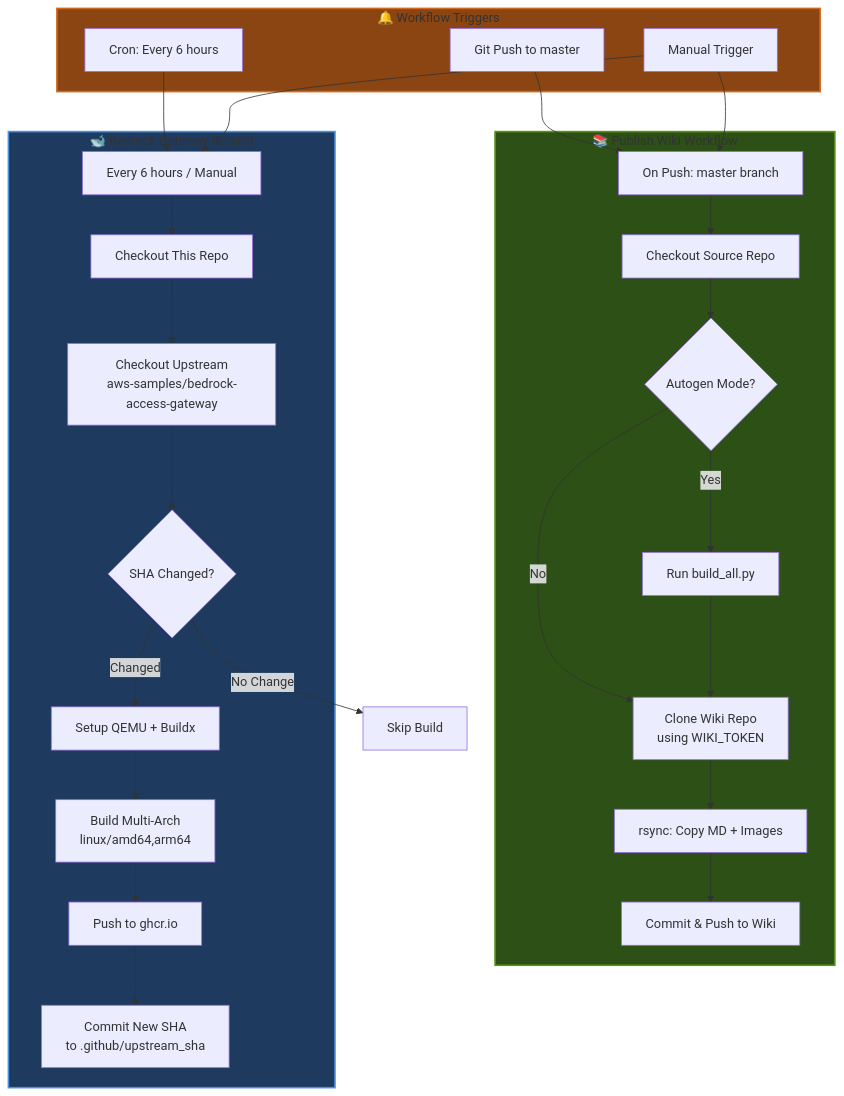
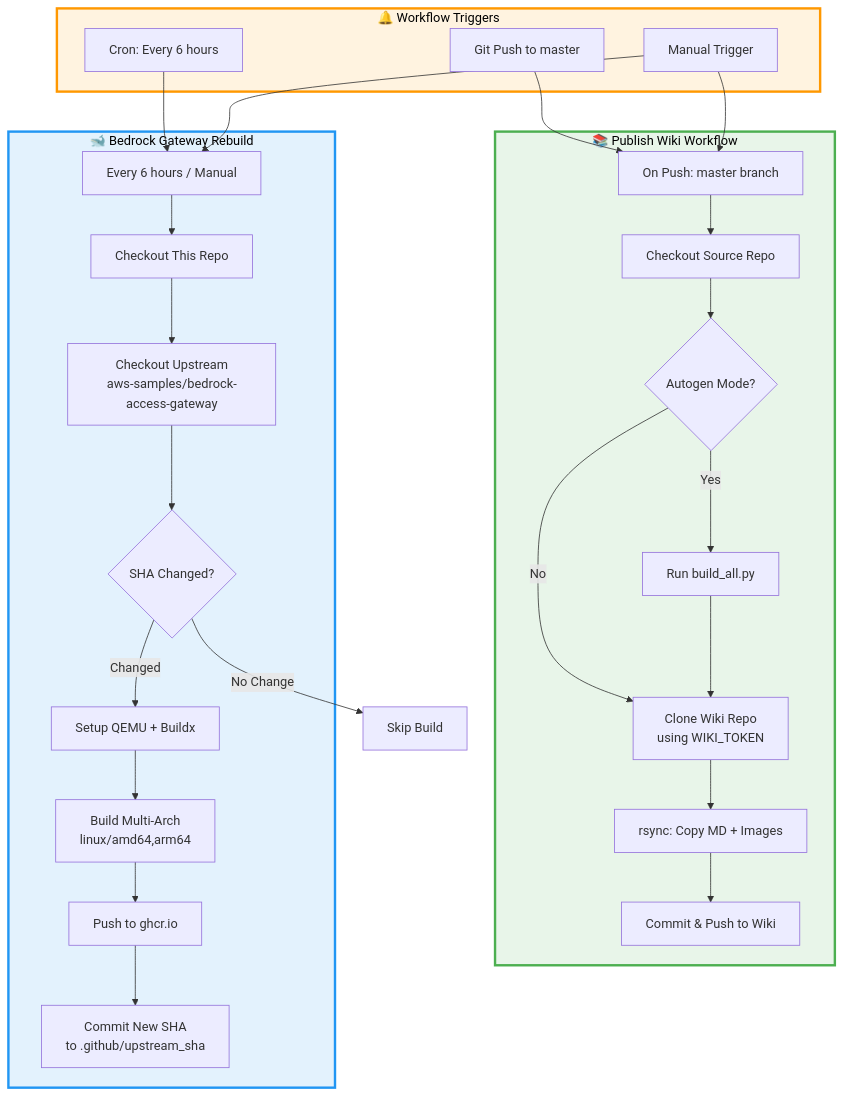
Before and after one commit to seadogger-tech/seadogger-homelab: the first of 4 diagrams in docs/wiki/15-CI-CD-and-GitHub-Actions.md, drawn with Mermaid. The commit also changed other lines of this file and 1 other file, not shown here.

First line of the commit message:
Update all Mermaid diagram colors for light/dark mode compatibility

````diff
--- a/docs/wiki/15-CI-CD-and-GitHub-Actions.md
+++ b/docs/wiki/15-CI-CD-and-GitHub-Actions.md
@@ -10,55 +10,55 @@
 ```mermaid
 graph TB
     subgraph Triggers["🔔 Workflow Triggers"]
         Push[Git Push to master]
         Schedule[Cron: Every 6 hours]
         Manual[Manual Trigger]
     end
 
     subgraph WikiFlow["📚 Publish Wiki Workflow"]
         WikiTrigger[On Push: master branch]
         Checkout1[Checkout Source Repo]
         BuildCheck{Autogen Mode?}
         BuildScript[Run build_all.py]
         CloneWiki[Clone Wiki Repo<br/>using WIKI_TOKEN]
         Rsync[rsync: Copy MD + Images]
         CommitWiki[Commit & Push to Wiki]
     end
 
     subgraph BedrockFlow["🐋 Bedrock Gateway Rebuild"]
         BedrockTrigger[Every 6 hours / Manual]
         Checkout2[Checkout This Repo]
         CheckUpstream[Checkout Upstream<br/>aws-samples/bedrock-access-gateway]
         CompareSSHA{SHA Changed?}
         SetupBuildx[Setup QEMU + Buildx]
         BuildPush[Build Multi-Arch<br/>linux/amd64,arm64]
         PushGHCR[Push to ghcr.io]
         UpdateSHA[Commit New SHA<br/>to .github/upstream_sha]
     end
 
     Push --> WikiTrigger
     Manual --> WikiTrigger
     Schedule --> BedrockTrigger
     Manual --> BedrockTrigger
 
     WikiTrigger --> Checkout1
     Checkout1 --> BuildCheck
     BuildCheck -->|Yes| BuildScript
     BuildCheck -->|No| CloneWiki
     BuildScript --> CloneWiki
     CloneWiki --> Rsync
     Rsync --> CommitWiki
 
     BedrockTrigger --> Checkout2
     Checkout2 --> CheckUpstream
     CheckUpstream --> CompareSSHA
     CompareSSHA -->|Changed| SetupBuildx
     CompareSSHA -->|No Change| End1[Skip Build]
     SetupBuildx --> BuildPush
     BuildPush --> PushGHCR
     PushGHCR --> UpdateSHA
 
-    style WikiFlow fill:#2d5016,stroke:#5a9216,stroke-width:2px
-    style BedrockFlow fill:#1e3a5f,stroke:#4a90e2,stroke-width:2px
-    style Triggers fill:#8b4513,stroke:#d2691e,stroke-width:2px
+    style WikiFlow fill:#e8f5e9,stroke:#4caf50,stroke-width:3px,color:#000
+    style BedrockFlow fill:#e3f2fd,stroke:#2196f3,stroke-width:3px,color:#000
+    style Triggers fill:#fff3e0,stroke:#ff9800,stroke-width:3px,color:#000
 ```
````
